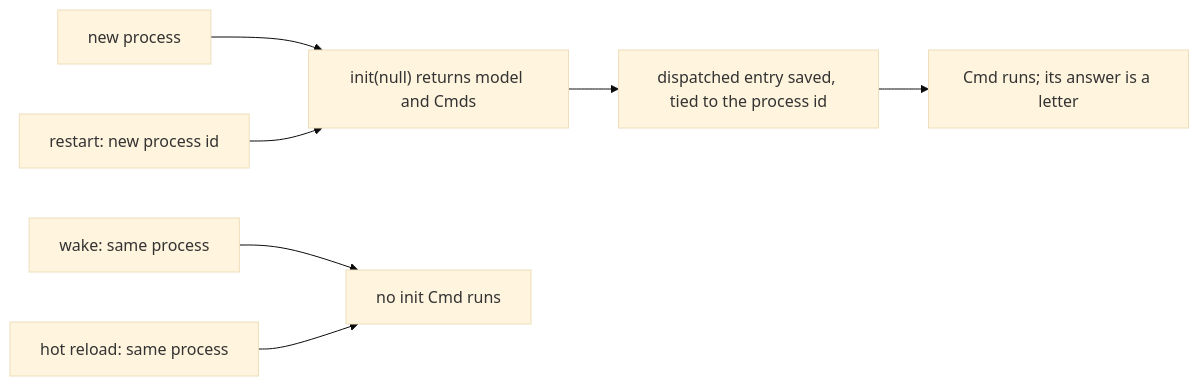
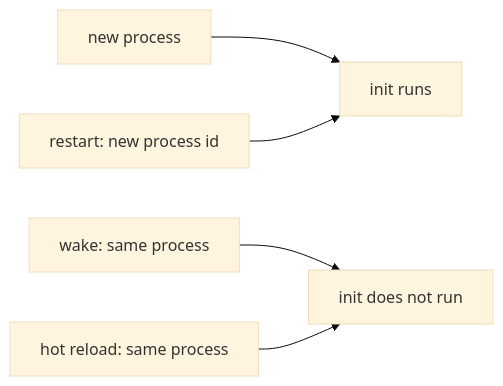
One commit to kamp-us/tea-fabrika changed the diagram in .decisions/0253-init-cmds-run-once-per-process.md. Above: the diagram before and after it, drawn with Mermaid (base theme). The commit also changed other lines of this file and 7 other files, not shown here.

````diff
--- a/.decisions/0253-init-cmds-run-once-per-process.md
+++ b/.decisions/0253-init-cmds-run-once-per-process.md
@@ -14,9 +13,7 @@
 ```mermaid
 flowchart LR
-  start["new process"] --> init["init(null) returns model and Cmds"]
-  init --> saved["dispatched entry saved, tied to the process id"]
-  saved --> run["Cmd runs; its answer is a letter"]
-  wake["wake: same process"] --> none["no init Cmd runs"]
+  start["new process"] --> init["init runs"]
+  wake["wake: same process"] --> none["init does not run"]
   reload["hot reload: same process"] --> none
   restart["restart: new process id"] --> init
 ```
````
